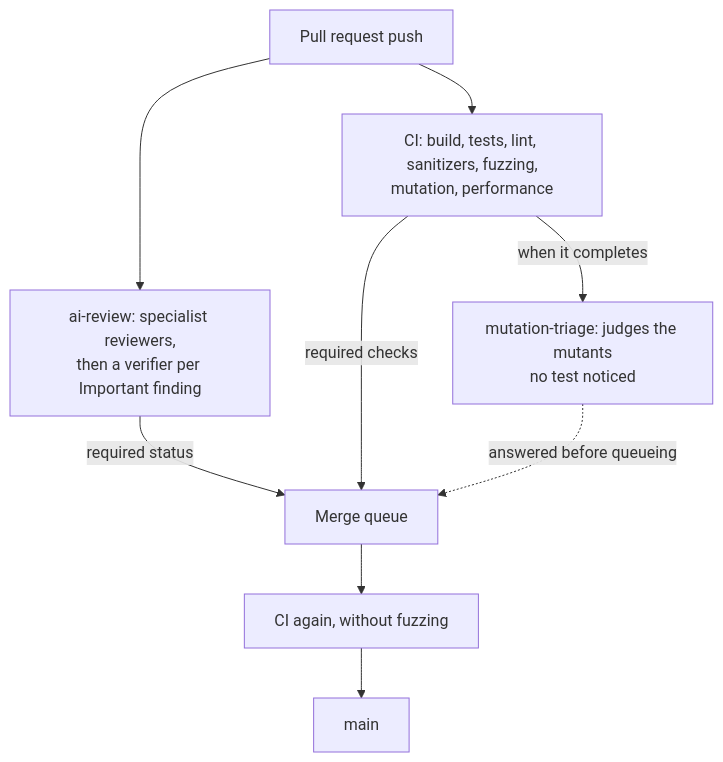
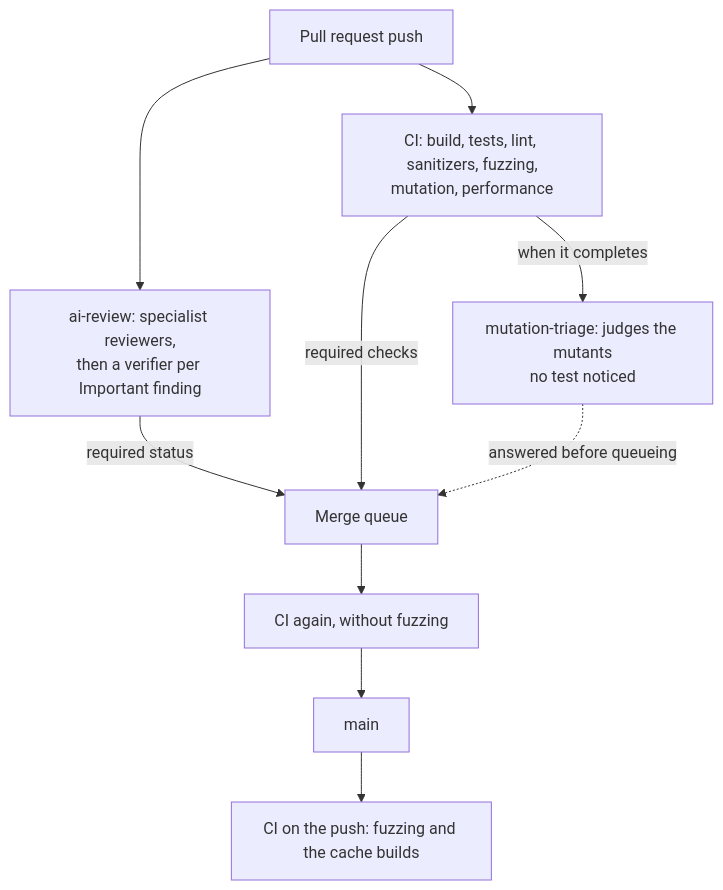
Before and after one commit to orizonaudio/Sineless: diagram 12 of 12 in docs/DESIGN.md, drawn with Mermaid. The commit also changed other lines of this file and 7 other files, not shown here.

````diff
--- a/docs/DESIGN.md
+++ b/docs/DESIGN.md
@@ -840,11 +842,12 @@
 ```mermaid
 flowchart TB
   PR["Pull request push"] --> CI["CI: build, tests, lint, sanitizers, fuzzing,<br/>mutation, performance"]
   PR --> AIR["ai-review: specialist reviewers,<br/>then a verifier per Important finding"]
   CI -- "when it completes" --> MT["mutation-triage: judges the mutants<br/>no test noticed"]
   AIR -- "required status" --> Q["Merge queue"]
   CI -- "required checks" --> Q
   MT -. "answered before queueing" .-> Q
   Q --> CIQ["CI again, without fuzzing"]
   CIQ --> Main["main"]
+  Main --> CIM["CI on the push: fuzzing and the cache builds"]
 ```
````
